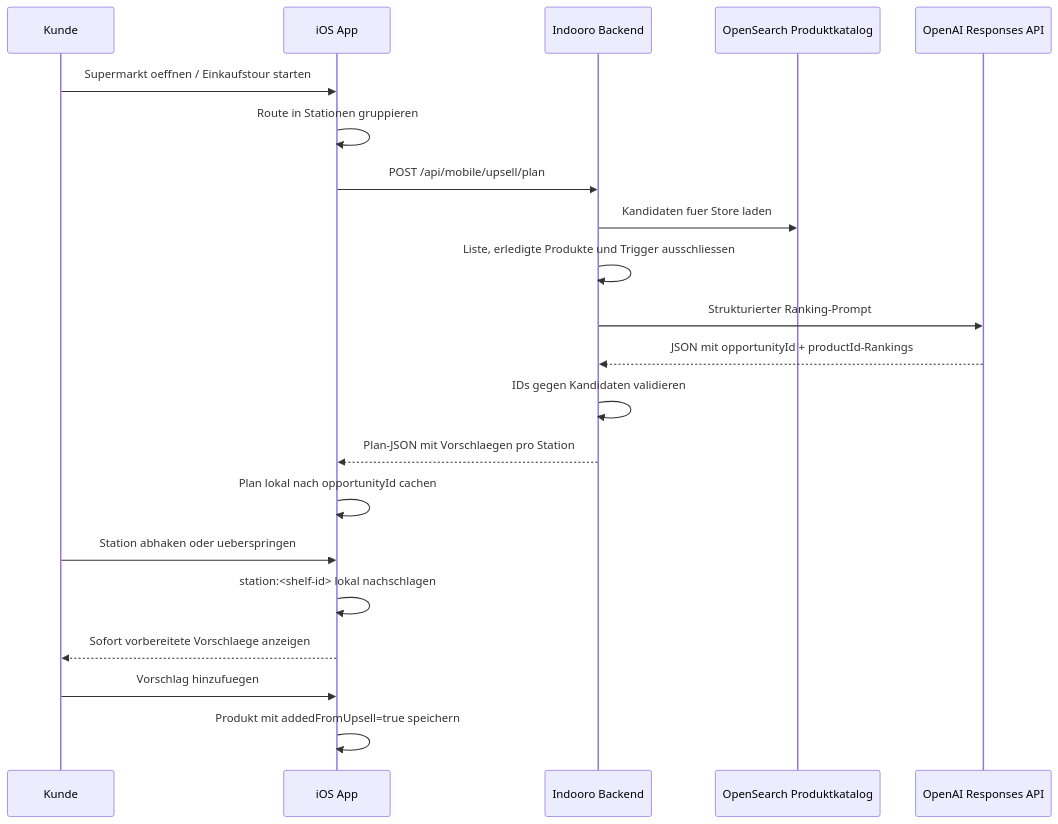
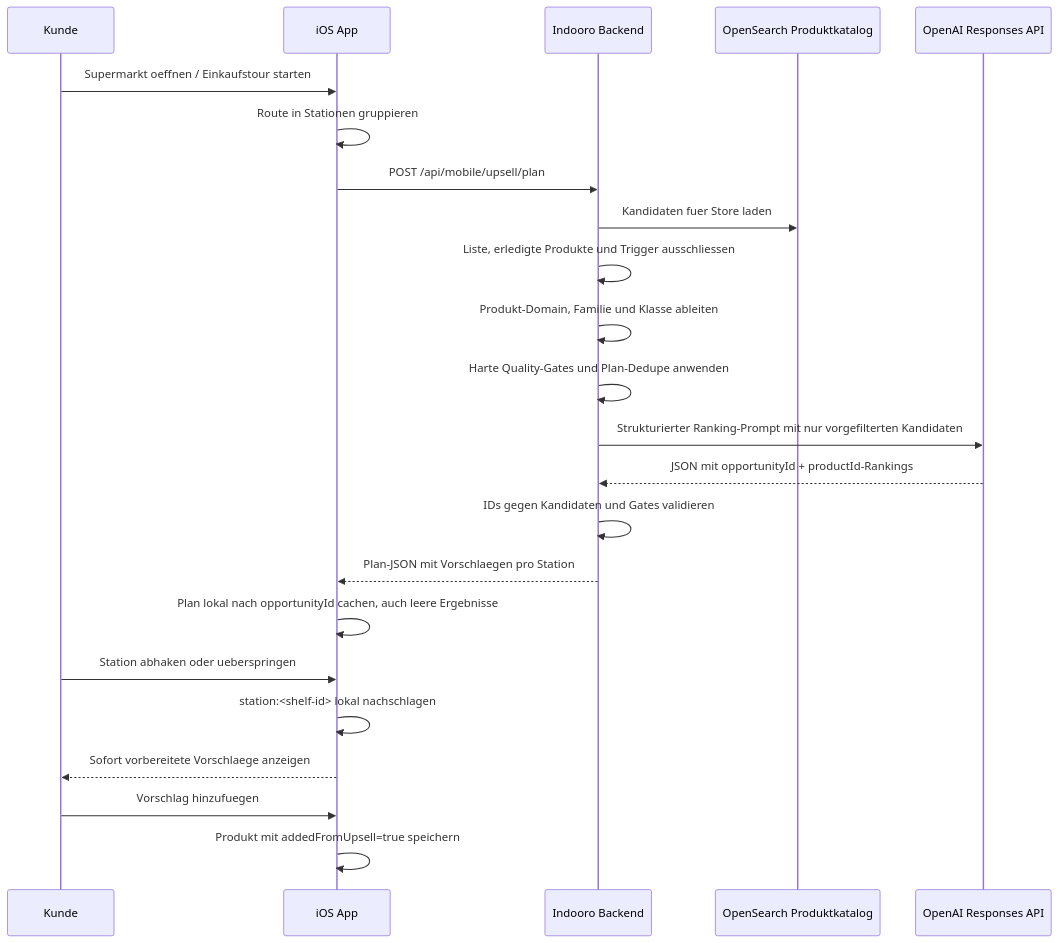
The diagram in documentation/AI_UPSELL_FLOW.md (htl-leo-itp-25-27-4-5bhitm/indooro), drawn with Mermaid before and after one commit. The commit also changed other lines of this file and 11 other files, not shown here.

Commit message:
Harden upsell candidate quality gates

````diff
--- a/documentation/AI_UPSELL_FLOW.md
+++ b/documentation/AI_UPSELL_FLOW.md
@@ -5,24 +5,26 @@
 ```mermaid
 sequenceDiagram
     participant User as Kunde
     participant App as iOS App
     participant API as Indooro Backend
     participant Catalog as OpenSearch Produktkatalog
     participant AI as OpenAI Responses API
 
     User->>App: Supermarkt oeffnen / Einkaufstour starten
     App->>App: Route in Stationen gruppieren
     App->>API: POST /api/mobile/upsell/plan
     API->>Catalog: Kandidaten fuer Store laden
     API->>API: Liste, erledigte Produkte und Trigger ausschliessen
-    API->>AI: Strukturierter Ranking-Prompt
+    API->>API: Produkt-Domain, Familie und Klasse ableiten
+    API->>API: Harte Quality-Gates und Plan-Dedupe anwenden
+    API->>AI: Strukturierter Ranking-Prompt mit nur vorgefilterten Kandidaten
     AI-->>API: JSON mit opportunityId + productId-Rankings
-    API->>API: IDs gegen Kandidaten validieren
+    API->>API: IDs gegen Kandidaten und Gates validieren
     API-->>App: Plan-JSON mit Vorschlaegen pro Station
-    App->>App: Plan lokal nach opportunityId cachen
+    App->>App: Plan lokal nach opportunityId cachen, auch leere Ergebnisse
     User->>App: Station abhaken oder ueberspringen
     App->>App: station:<shelf-id> lokal nachschlagen
     App-->>User: Sofort vorbereitete Vorschlaege anzeigen
     User->>App: Vorschlag hinzufuegen
     App->>App: Produkt mit addedFromUpsell=true speichern
 ```
````
